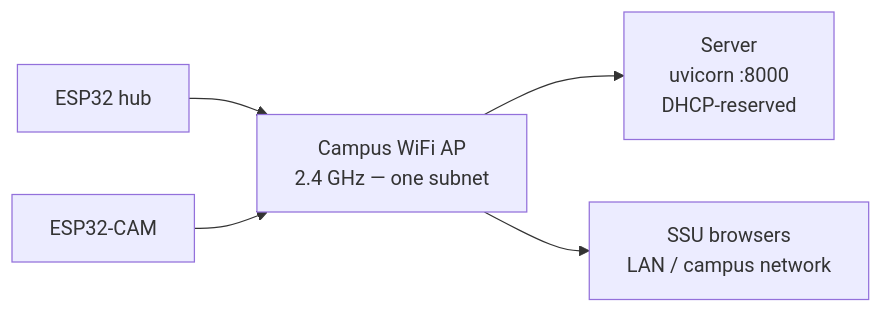
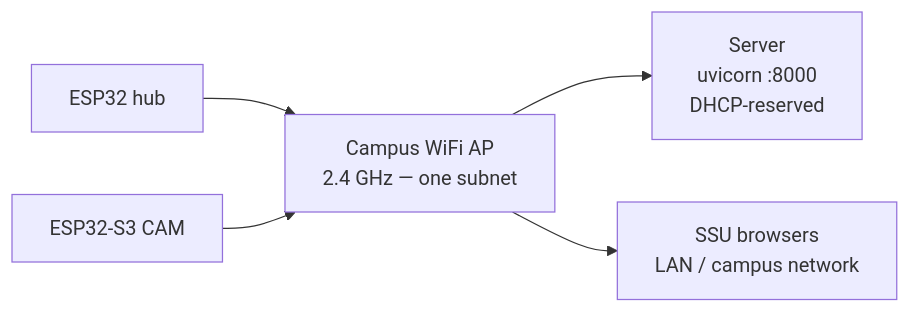
One commit to qppd/safeway changed the second of 3 diagrams in docs/SYSTEM-ARCHITECTURE.md. Above: the diagram before and after it, drawn with Mermaid. The commit also changed other lines of this file and 8 other files, not shown here.

First line of the commit message:
Swap camera board: ESP32-CAM-MB -> ESP32-S3 WROOM N16R8 CAM + OV5640

````diff
--- a/docs/SYSTEM-ARCHITECTURE.md
+++ b/docs/SYSTEM-ARCHITECTURE.md
@@ -53,7 +53,7 @@
 ```mermaid
 flowchart LR
     HUB["ESP32 hub"] --> AP["Campus WiFi AP<br/>2.4 GHz — one subnet"]
-    CAMB["ESP32-CAM"] --> AP
+    CAMB["ESP32-S3 CAM"] --> AP
     AP --> SRV["Server<br/>uvicorn :8000<br/>DHCP-reserved"]
     AP --> SSUB["SSU browsers<br/>LAN / campus network"]
 ```
````
